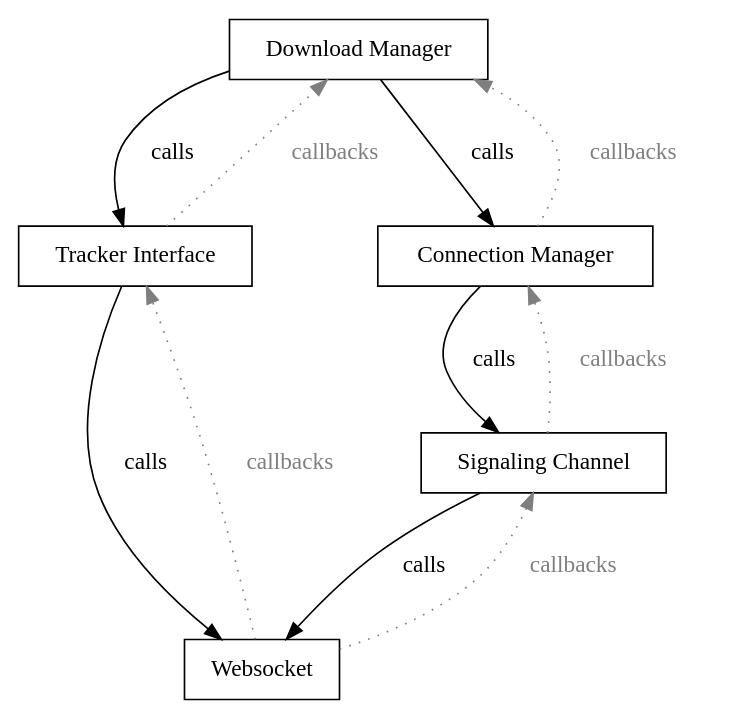
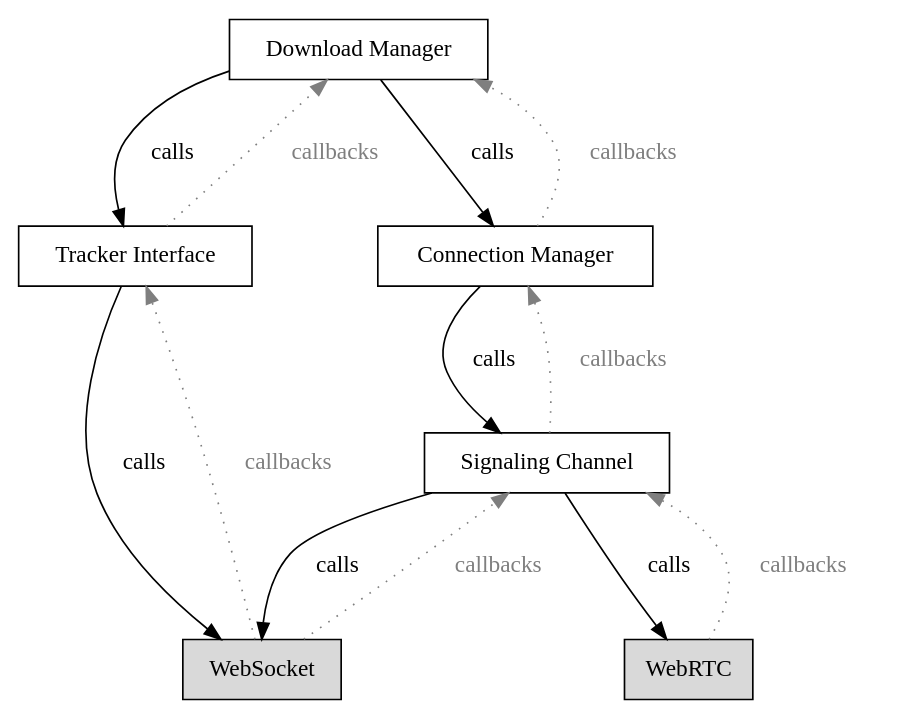
Before and after one commit to wwwiretap/zauberflote: the diagram in doc/paper/components.dot, drawn with Graphviz. The commit also changed 2 other files, not shown here.

```diff
--- a/doc/paper/components.dot
+++ b/doc/paper/components.dot
@@ -1,26 +1,32 @@
 digraph {
     graph [fontname = "helvetica"];
     node [shape=record];
     ranksep=1;
 
     dm [label="Download Manager"];
     {
         rank=same;
         tr [label="Tracker Interface"];
         cm [label="Connection Manager"];
     }
     sc [label="Signaling Channel"];
-    ws [label="Websocket"];
+    {
+        rank=same;
+        ws [label="WebSocket", style=filled, color=black, fillcolor=gray85];
+        wr [label="WebRTC", style=filled, color=black, fillcolor=gray85];
+    }
 
     dm -> tr [label="   calls   "];
     dm -> cm [label="   calls   "];
     cm -> sc [label="   calls   "];
     tr -> ws [label="   calls   "];
     sc -> ws [label="   calls   "];
+    sc -> wr [label="   calls   "]
 
     tr -> dm [label="   callbacks   ", style=dotted, color=gray50, fontcolor=gray50];
     cm -> dm [label="   callbacks   ", style=dotted, color=gray50, fontcolor=gray50];
     sc -> cm [label="   callbacks   ", style=dotted, color=gray50, fontcolor=gray50];
     ws -> tr [label="   callbacks   ", style=dotted, color=gray50, fontcolor=gray50];
     ws -> sc [label="   callbacks   ", style=dotted, color=gray50, fontcolor=gray50];
+    wr -> sc [label="   callbacks   ", style=dotted, color=gray50, fontcolor=gray50];
 }
```
